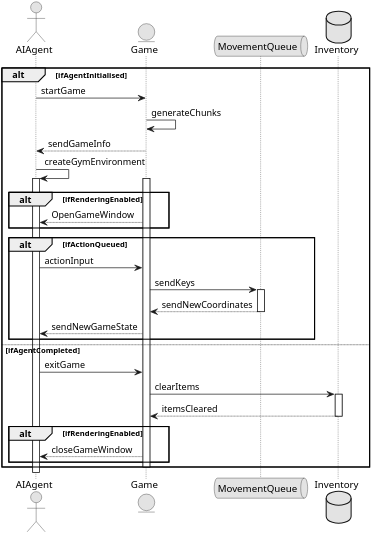
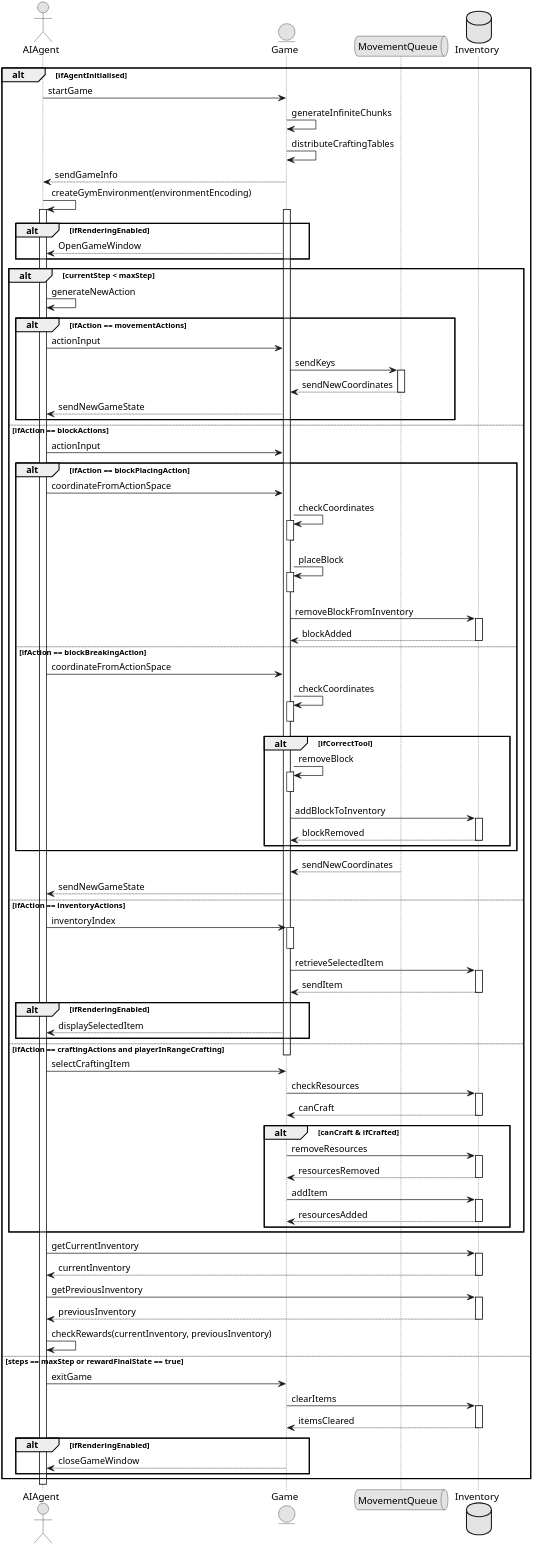
The diagram in Diagrams/AIsequence.puml (2333263/ScrumDogMillionaires), drawn with PlantUML before and after one commit. The commit also changed 2 other files, not shown here.

```diff
--- a/Diagrams/AIsequence.puml
+++ b/Diagrams/AIsequence.puml
@@ -1,48 +1,136 @@
 @startuml sequence
 skinparam Dpi 350
 skinparam Monochrome true
 skinparam Shadowing false
 
 actor AIAgent
 entity Game
 queue MovementQueue
 Database Inventory
 
 
 alt ifAgentInitialised
     AIAgent -> Game : startGame
-    Game -> Game : generateChunks
+    Game -> Game : generateInfiniteChunks
+    Game -> Game : distributeCraftingTables
     Game --> AIAgent : sendGameInfo
-    AIAgent -> AIAgent : createGymEnvironment
+    AIAgent -> AIAgent : createGymEnvironment(environmentEncoding)
     activate Game
     activate AIAgent
 
-    alt ifRenderingEnabled        
+    alt ifRenderingEnabled
         Game --> AIAgent : OpenGameWindow
     end
 
-    alt ifActionQueued
+
+    alt currentStep < maxStep
+        AIAgent -> AIAgent : generateNewAction
+        alt ifAction == movementActions
+            AIAgent -> Game : actionInput
+            Game -> MovementQueue : sendKeys
+            activate MovementQueue
+            MovementQueue --> Game : sendNewCoordinates
+            deactivate MovementQueue
+            Game --> AIAgent : sendNewGameState
+        end
+    else ifAction == blockActions
         AIAgent -> Game : actionInput
-        Game -> MovementQueue : sendKeys
+
+        alt ifAction == blockPlacingAction
+            AIAgent -> Game : coordinateFromActionSpace
+            Game -> Game : checkCoordinates
+            activate Game
+            deactivate Game
+
+            Game -> Game : placeBlock
+            activate Game
+            deactivate Game
+            Game -> Inventory : removeBlockFromInventory
+            activate Inventory
+            Inventory --> Game : blockAdded
+            deactivate Inventory
+
+
+        else ifAction == blockBreakingAction
+            AIAgent -> Game : coordinateFromActionSpace
+            Game -> Game : checkCoordinates
+            activate Game
+            deactivate Game
+            alt ifCorrectTool
+                Game -> Game : removeBlock
+                activate Game
+                deactivate Game
+                Game -> Inventory : addBlockToInventory
+                activate Inventory
+                Inventory --> Game : blockRemoved
+                deactivate Inventory
+            end
+        end
+
+
         activate MovementQueue
         MovementQueue --> Game : sendNewCoordinates
         deactivate MovementQueue
-    Game --> AIAgent : sendNewGameState
+        Game --> AIAgent : sendNewGameState
+
+
+    else ifAction == inventoryActions
+        AIAgent -> Game : inventoryIndex
+        activate Game
+        deactivate Game
+        Game -> Inventory : retrieveSelectedItem
+        activate Inventory
+        Inventory --> Game : sendItem
+        deactivate Inventory
+        alt ifRenderingEnabled
+            Game --> AIAgent : displaySelectedItem
+        end
+
+
+    else ifAction == craftingActions and playerInRangeCrafting
+        activate Game
+        deactivate Game
+        AIAgent -> Game : selectCraftingItem
+        Game -> Inventory : checkResources
+        activate Inventory
+        Inventory --> Game : canCraft
+        deactivate Inventory
+        alt canCraft & ifCrafted
+            Game -> Inventory : removeResources
+            activate Inventory
+            Inventory --> Game : resourcesRemoved
+            deactivate Inventory
+            Game -> Inventory : addItem
+            activate Inventory
+            Inventory --> Game : resourcesAdded
+            deactivate Inventory
+        end
+
     end
+    
+    AIAgent -> Inventory  : getCurrentInventory
+    activate Inventory
+    Inventory --> AIAgent : currentInventory
+    deactivate Inventory
+    AIAgent -> Inventory :  getPreviousInventory
+    activate Inventory
+    Inventory --> AIAgent : previousInventory
+    deactivate Inventory
+    AIAgent -> AIAgent : checkRewards(currentInventory, previousInventory)
 
-else ifAgentCompleted
+else steps == maxStep or rewardFinalState == true
     AIAgent -> Game : exitGame
     Game -> Inventory : clearItems
     activate Inventory
     Inventory --> Game : itemsCleared
     deactivate Inventory
-    alt ifRenderingEnabled        
+    alt ifRenderingEnabled
         Game --> AIAgent : closeGameWindow
     end
     deactivate Game
     activate AIAgent
 end
 
 
 
 @enduml
```
